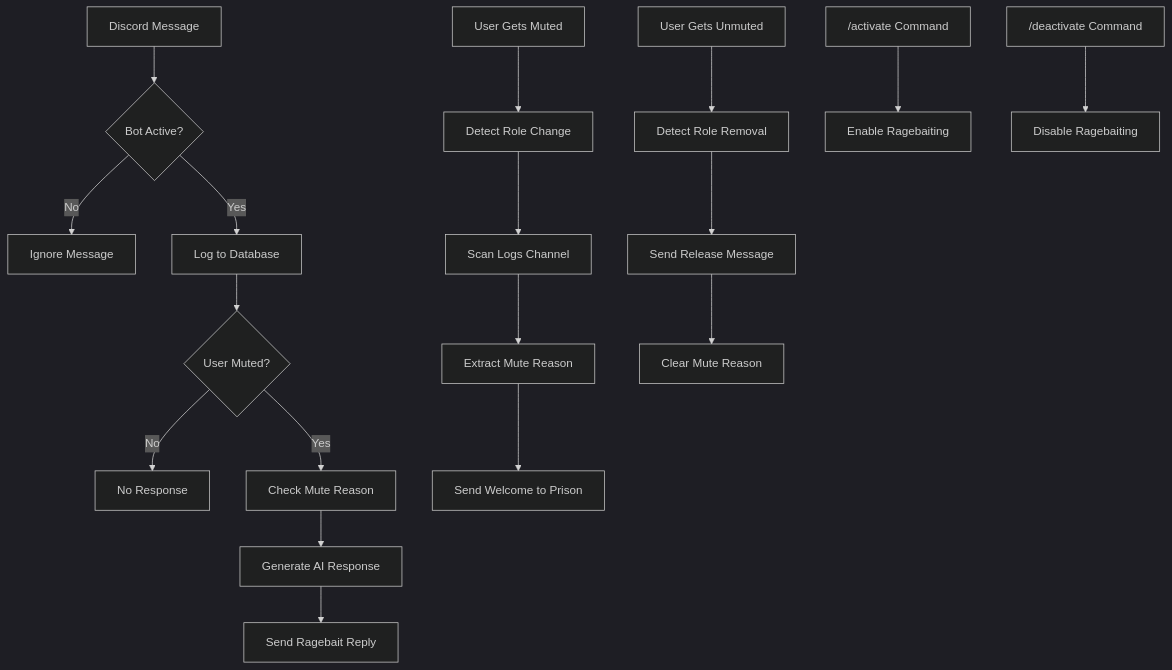
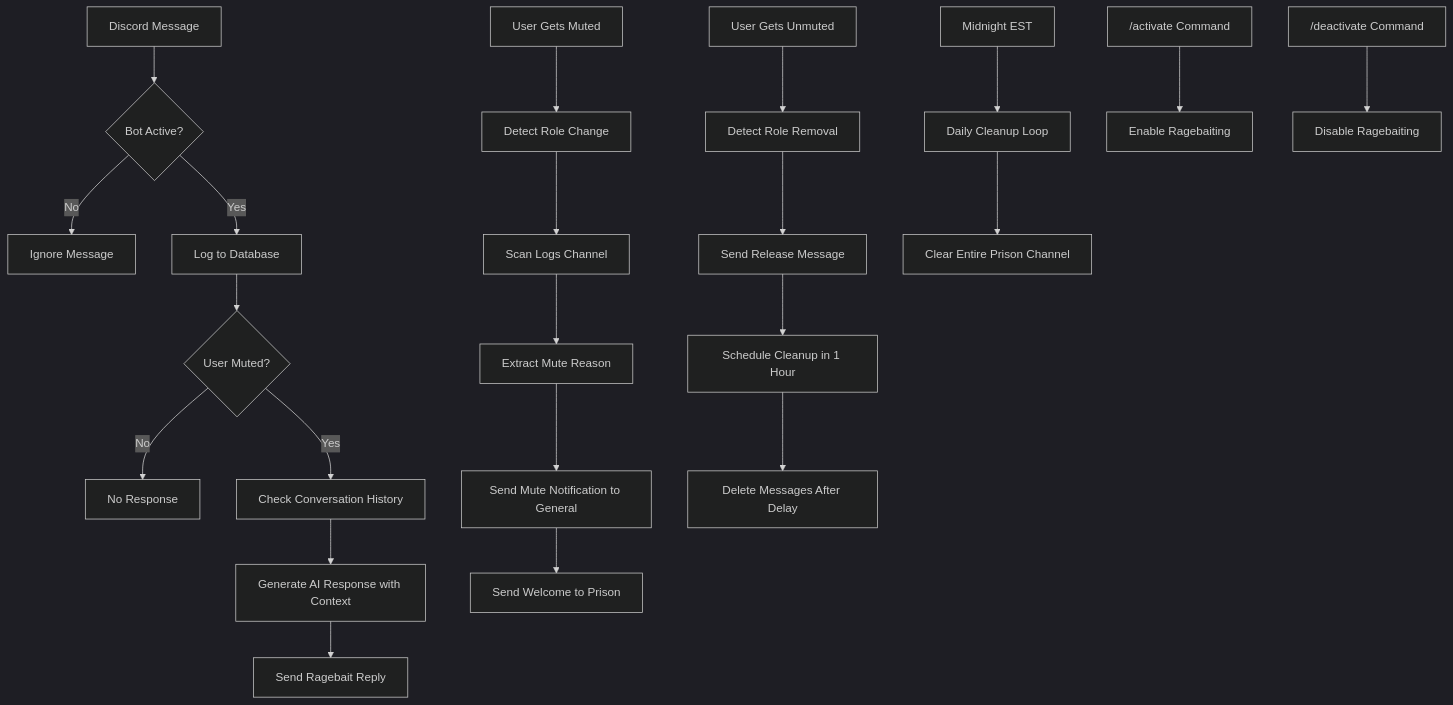
The first of 2 diagrams in README.md (trippixn963/AzabBot), drawn with Mermaid (dark theme) before and after one commit. The commit also changed other lines of this file, not shown here.

````diff
--- a/README.md
+++ b/README.md
@@ -336,23 +348,28 @@
 ```mermaid
 graph TD
     A[Discord Message] --> B{Bot Active?}
     B -->|No| C[Ignore Message]
     B -->|Yes| D[Log to Database]
     D --> E{User Muted?}
     E -->|No| F[No Response]
-    E -->|Yes| G[Check Mute Reason]
-    G --> H[Generate AI Response]
+    E -->|Yes| G[Check Conversation History]
+    G --> H[Generate AI Response with Context]
     H --> I[Send Ragebait Reply]
-    
+
     J[User Gets Muted] --> K[Detect Role Change]
     K --> L[Scan Logs Channel]
     L --> M[Extract Mute Reason]
-    M --> N[Send Welcome to Prison]
-    
-    O[User Gets Unmuted] --> P[Detect Role Removal]
-    P --> Q[Send Release Message]
-    Q --> R[Clear Mute Reason]
-    
-    S["/activate Command"] --> T[Enable Ragebaiting]
-    U["/deactivate Command"] --> V[Disable Ragebaiting]
+    M --> N[Send Mute Notification to General]
+    N --> O[Send Welcome to Prison]
+
+    P[User Gets Unmuted] --> Q[Detect Role Removal]
+    Q --> R[Send Release Message]
+    R --> S[Schedule Cleanup in 1 Hour]
+    S --> T[Delete Messages After Delay]
+
+    U[Midnight EST] --> V[Daily Cleanup Loop]
+    V --> W[Clear Entire Prison Channel]
+
+    X["/activate Command"] --> Y[Enable Ragebaiting]
+    Z["/deactivate Command"] --> AA[Disable Ragebaiting]
 ```
````
